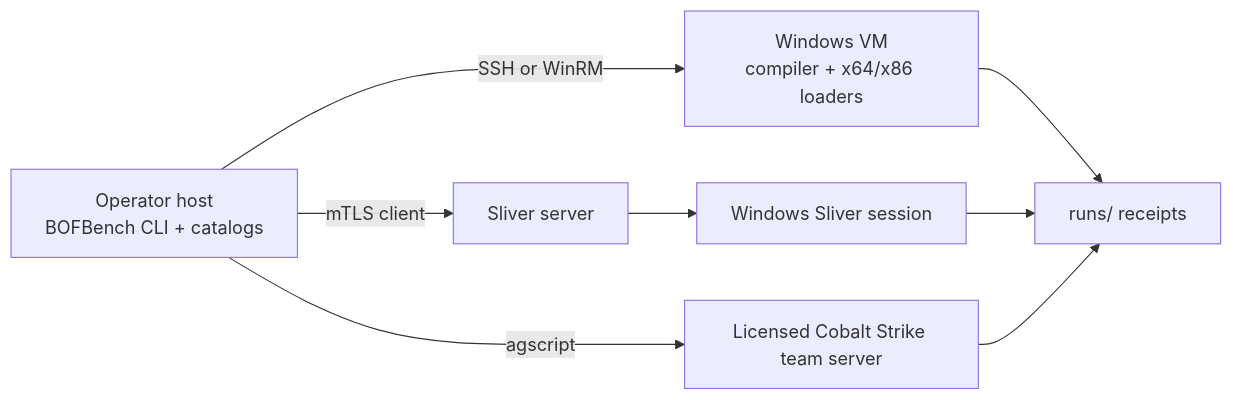
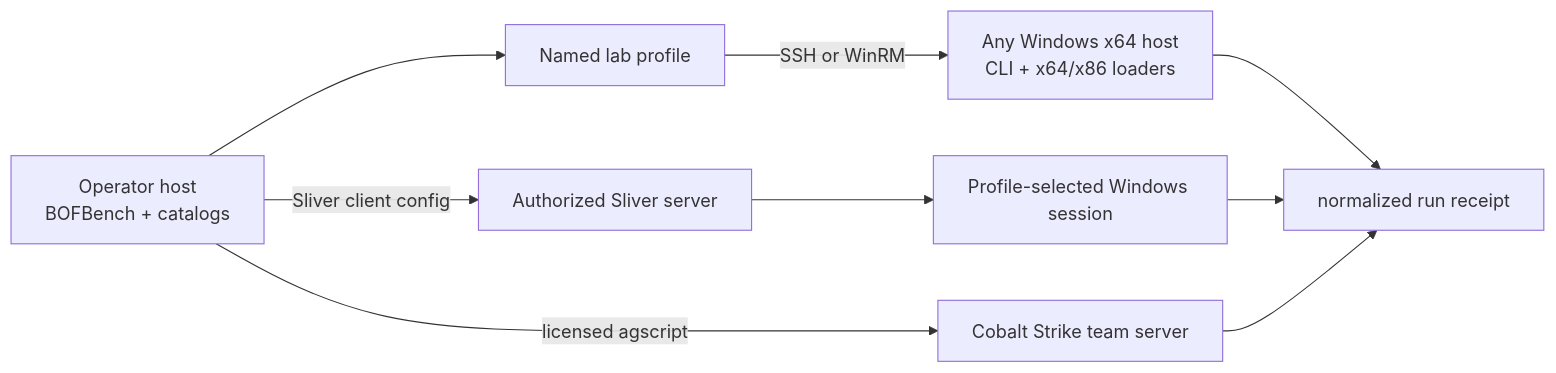
Before and after one commit to professor-moody/bofbench: the first of 3 diagrams in docs/lab-setup.md, drawn with Mermaid. The commit also changed other lines of this file and 60 other files, not shown here.

````diff
--- a/docs/lab-setup.md
+++ b/docs/lab-setup.md
@@ -5,10 +5,11 @@
 ```mermaid
 flowchart LR
-    O["Operator host\nBOFBench CLI + catalogs"] -->|SSH or WinRM| W["Windows VM\ncompiler + x64/x86 loaders"]
-    O -->|mTLS client| S["Sliver server"]
-    S --> A["Windows Sliver session"]
-    O -->|agscript| C["Licensed Cobalt Strike team server"]
-    W --> R["runs/ receipts"]
+    O["Operator host\nBOFBench + catalogs"] --> P["Named lab profile"]
+    P -->|"SSH or WinRM"| W["Any Windows x64 host\nCLI + x64/x86 loaders"]
+    O -->|"Sliver client config"| S["Authorized Sliver server"]
+    S --> A["Profile-selected Windows session"]
+    O -->|"licensed agscript"| C["Cobalt Strike team server"]
+    W --> R["normalized run receipt"]
     A --> R
     C --> R
 ```
````
